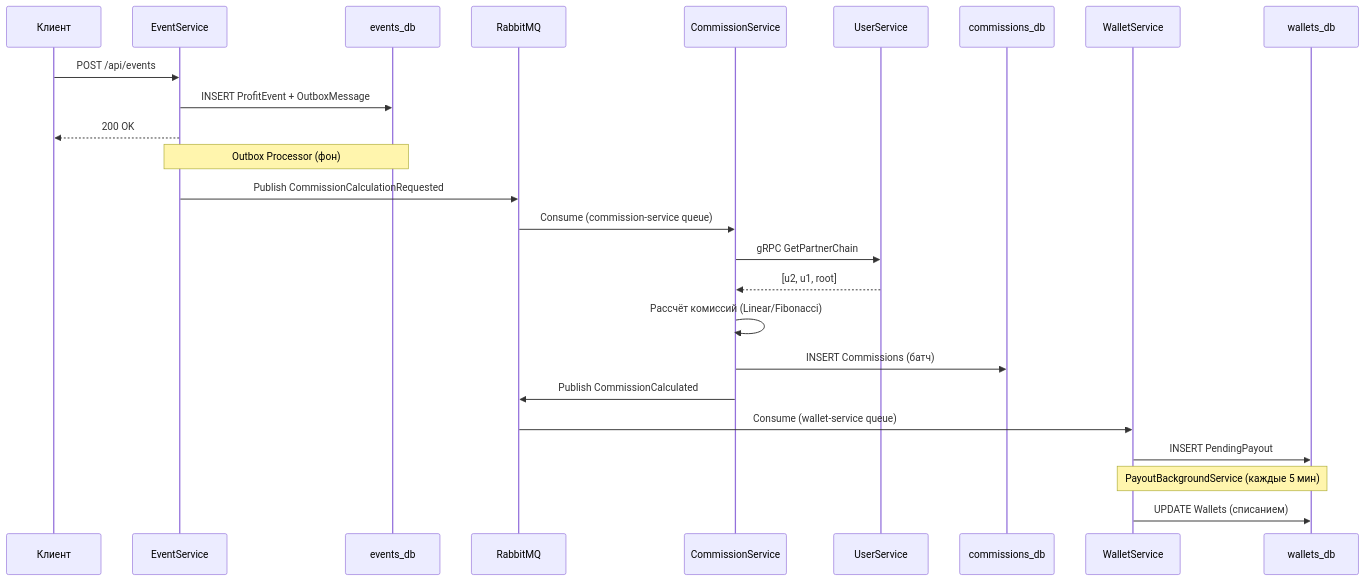
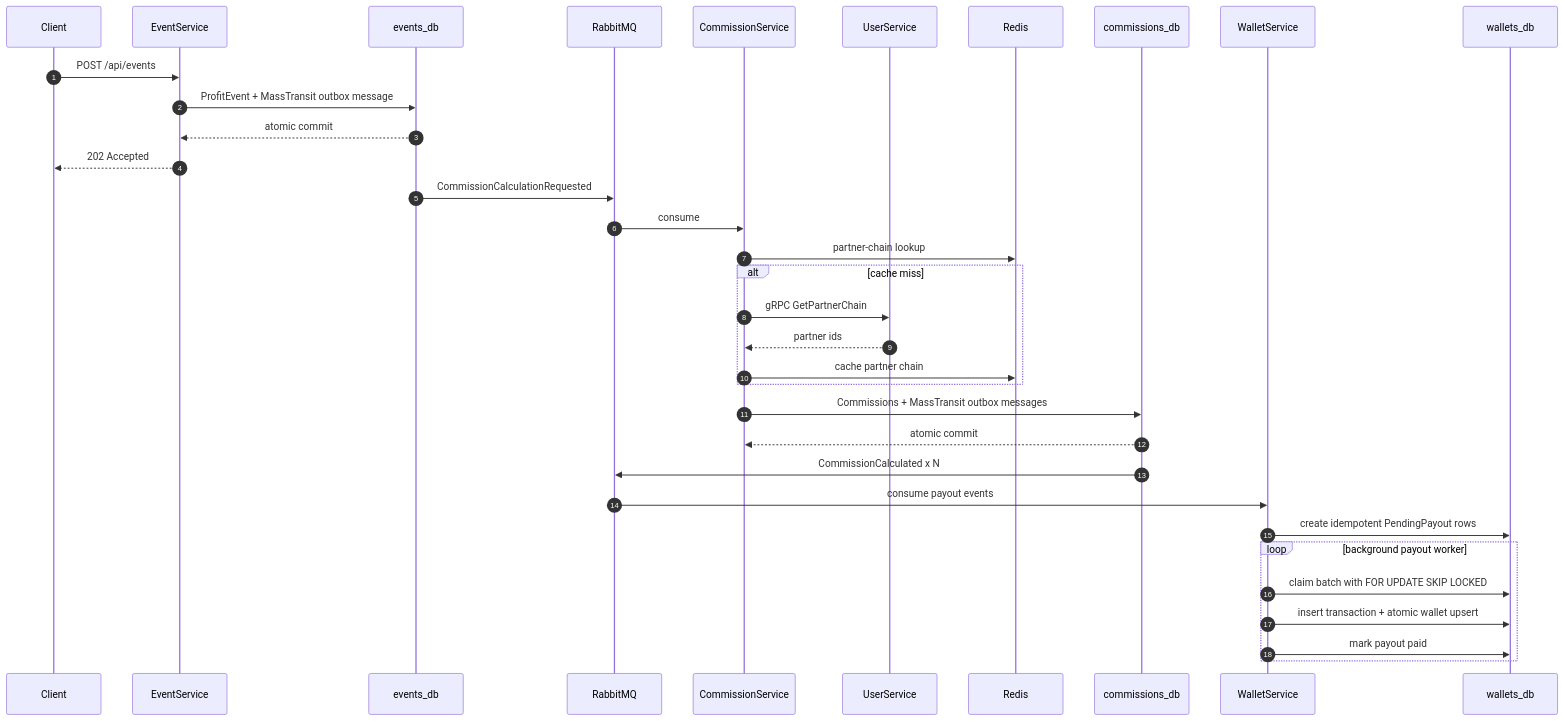
The second of 2 diagrams in README.md (alexKuzovkov/PartnerSystem), drawn with Mermaid before and after one commit. The commit also changed other lines of this file and 72 other files, not shown here.

````diff
--- a/README.md
+++ b/README.md
@@ -69,32 +58,42 @@
 ```mermaid
 sequenceDiagram
-    participant C as Клиент
-    participant ES as EventService
-    participant DB1 as events_db
-    participant RMQ as RabbitMQ
-    participant CS as CommissionService
-    participant US as UserService
-    participant DB2 as commissions_db
-    participant WS as WalletService
-    participant DB3 as wallets_db
+    autonumber
+    participant Client
+    participant EventService
+    participant EventDb as events_db
+    participant RabbitMQ
+    participant CommissionService
+    participant UserService
+    participant Redis
+    participant CommissionDb as commissions_db
+    participant WalletService
+    participant WalletDb as wallets_db
 
-    C->>ES: POST /api/events
-    ES->>DB1: INSERT ProfitEvent + OutboxMessage
-    ES-->>C: 200 OK
+    Client->>EventService: POST /api/events
+    EventService->>EventDb: ProfitEvent + MassTransit outbox message
+    EventDb-->>EventService: atomic commit
+    EventService-->>Client: 202 Accepted
 
-    Note over ES,DB1: Outbox Processor (фон)
-    ES->>RMQ: Publish CommissionCalculationRequested
+    EventDb->>RabbitMQ: CommissionCalculationRequested
+    RabbitMQ->>CommissionService: consume
 
-    RMQ->>CS: Consume (commission-service queue)
-    CS->>US: gRPC GetPartnerChain
-    US-->>CS: [u2, u1, root]
-    CS->>CS: Рассчёт комиссий (Linear/Fibonacci)
-    CS->>DB2: INSERT Commissions (батч)
-    CS->>RMQ: Publish CommissionCalculated
+    CommissionService->>Redis: partner-chain lookup
+    alt cache miss
+        CommissionService->>UserService: gRPC GetPartnerChain
+        UserService-->>CommissionService: partner ids
+        CommissionService->>Redis: cache partner chain
+    end
 
-    RMQ->>WS: Consume (wallet-service queue)
-    WS->>DB3: INSERT PendingPayout
+    CommissionService->>CommissionDb: Commissions + MassTransit outbox messages
+    CommissionDb-->>CommissionService: atomic commit
+    CommissionDb->>RabbitMQ: CommissionCalculated x N
 
-    Note over WS,DB3: PayoutBackgroundService (каждые 5 мин)
-    WS->>DB3: UPDATE Wallets (списанием)
+    RabbitMQ->>WalletService: consume payout events
+    WalletService->>WalletDb: create idempotent PendingPayout rows
+
+    loop background payout worker
+        WalletService->>WalletDb: claim batch with FOR UPDATE SKIP LOCKED
+        WalletService->>WalletDb: insert transaction + atomic wallet upsert
+        WalletService->>WalletDb: mark payout paid
+    end
 ```
````
